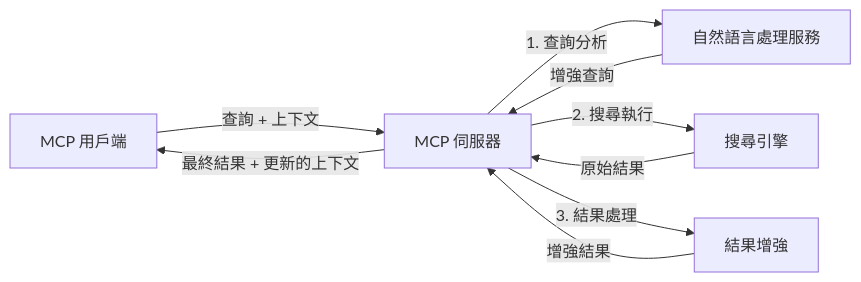
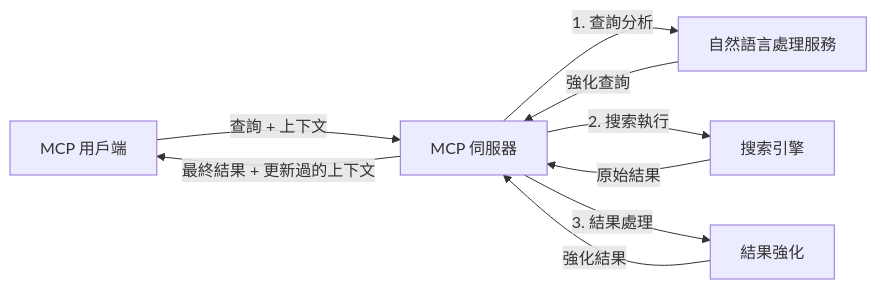
One commit to microsoft/mcp-for-beginners changed the fourth of 4 diagrams in translations/zh-HK/05-AdvancedTopics/mcp-realtimesearch/README.md. Above: the diagram before and after it, drawn with Mermaid. The commit also changed other lines of this file and 103 other files, not shown here.

````diff
--- a/translations/zh-HK/05-AdvancedTopics/mcp-realtimesearch/README.md
+++ b/translations/zh-HK/05-AdvancedTopics/mcp-realtimesearch/README.md
@@ -626,11 +628,11 @@
 ```mermaid
 graph LR
     Client[MCP 用戶端] --> |查詢 + 上下文| Server[MCP 伺服器]
     Server --> |1. 查詢分析| NLP[自然語言處理服務]
-    NLP --> |增強查詢| Server
-    Server --> |2. 搜尋執行| Search[搜尋引擎]
+    NLP --> |強化查詢| Server
+    Server --> |2. 搜索執行| Search[搜索引擎]
     Search --> |原始結果| Server
-    Server --> |3. 結果處理| Enhancement[結果增強]
-    Enhancement --> |增強結果| Server
-    Server --> |最終結果 + 更新的上下文| Client
+    Server --> |3. 結果處理| Enhancement[結果強化]
+    Enhancement --> |強化結果| Server
+    Server --> |最終結果 + 更新過的上下文| Client
 ```
````
